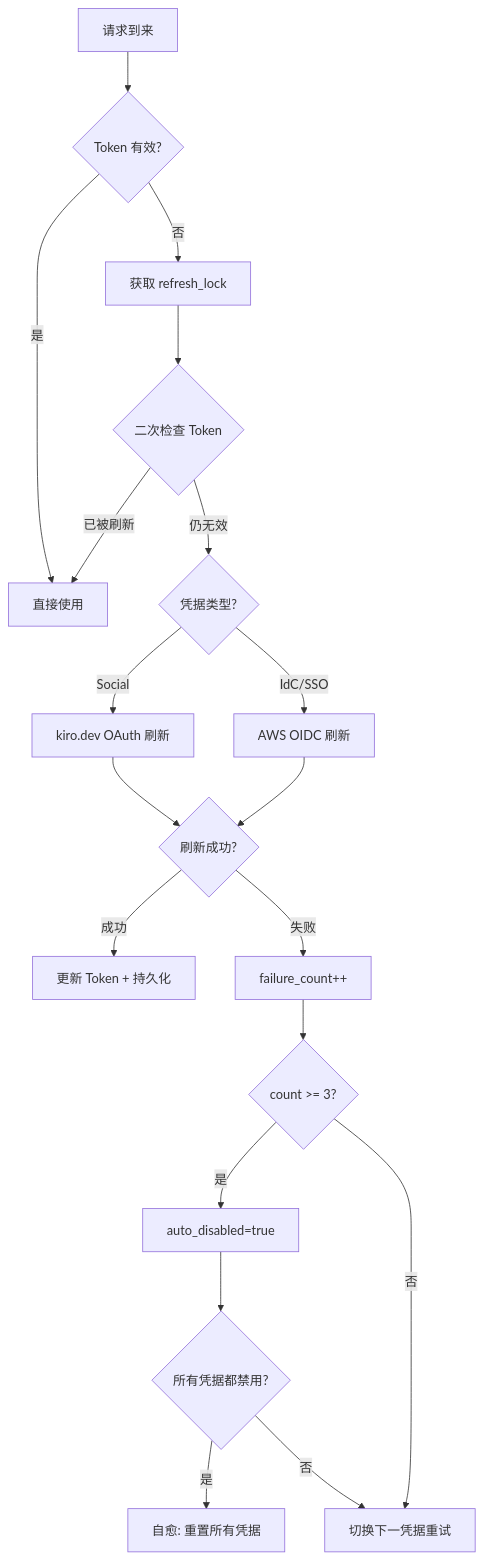
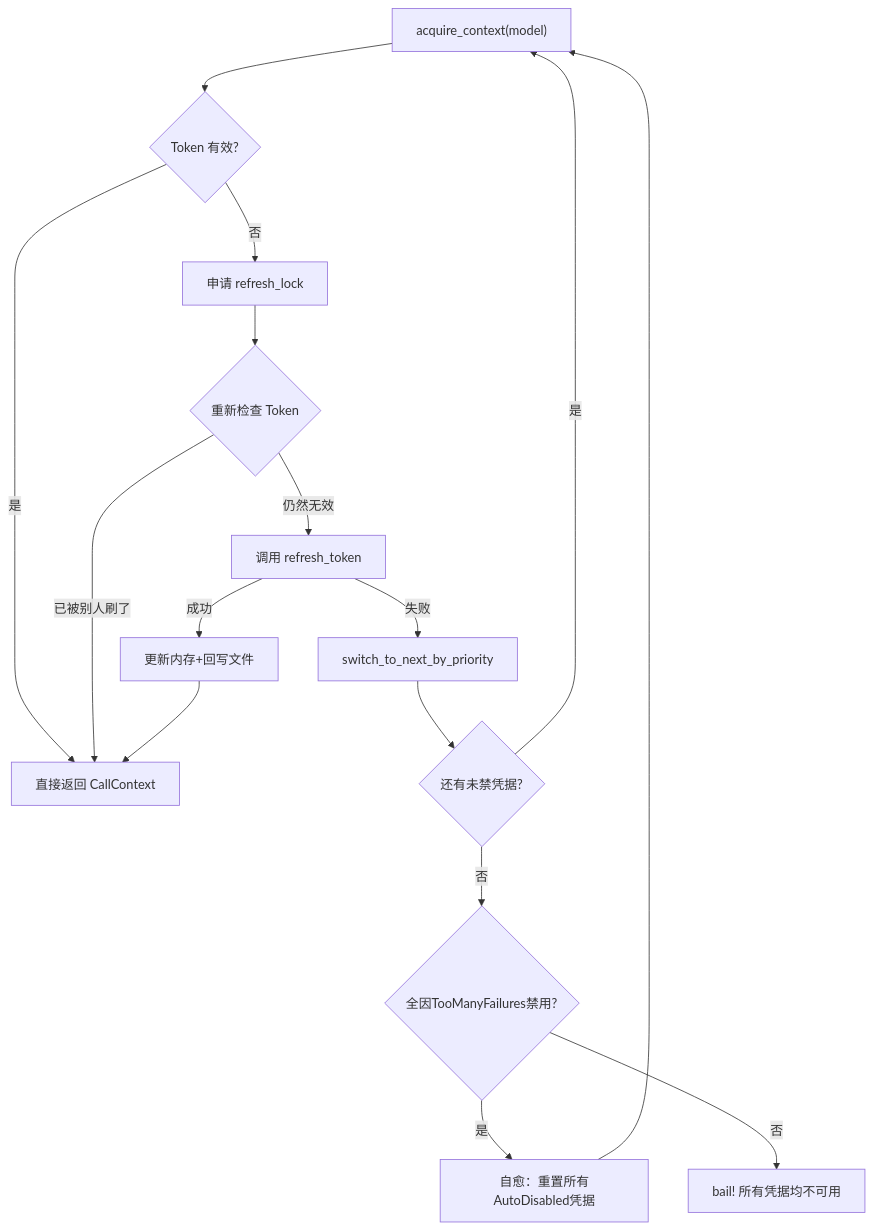
One commit to goldencolor/kiro2cc-proxy-local changed the second of 2 diagrams in kiro2cc-proxy_源码全景解析.md. Above: the diagram before and after it, drawn with Mermaid. The commit also changed other lines of this file, not shown here.

````diff
--- a/kiro2cc-proxy_源码全景解析.md
+++ b/kiro2cc-proxy_源码全景解析.md
@@ -274,21 +290,18 @@
 ```mermaid
 flowchart TD
-    A[请求到来] --> B{Token 有效?}
-    B -->|是| E[直接使用]
-    B -->|否| C[获取 refresh_lock]
-    C --> D{二次检查 Token}
-    D -->|已被刷新| E
-    D -->|仍无效| F{凭据类型?}
-    F -->|Social| G[kiro.dev OAuth 刷新]
-    F -->|IdC/SSO| H[AWS OIDC 刷新]
-    G --> I{刷新成功?}
-    H --> I
-    I -->|成功| J[更新 Token + 持久化]
-    I -->|失败| K[failure_count++]
-    K --> L{count >= 3?}
-    L -->|是| M[auto_disabled=true]
-    L -->|否| N[切换下一凭据重试]
-    M --> O{所有凭据都禁用?}
-    O -->|是| P[自愈: 重置所有凭据]
-    O -->|否| N
+    A["acquire_context(model)"] --> B{Token 有效?}
+    B -- 是 --> C[直接返回 CallContext]
+    B -- 否 --> D[申请 refresh_lock]
+    D --> E{重新检查 Token}
+    E -- 已被别人刷了 --> C
+    E -- 仍然无效 --> F[调用 refresh_token]
+    F -- 成功 --> G[更新内存+回写文件]
+    G --> C
+    F -- 失败 --> H[switch_to_next_by_priority]
+    H --> I{还有未禁凭据?}
+    I -- 是 --> A
+    I -- 否 --> J{全因TooManyFailures禁用?}
+    J -- 是 --> K[自愈：重置所有AutoDisabled凭据]
+    K --> A
+    J -- 否 --> L[bail! 所有凭据均不可用]
 ```
````
